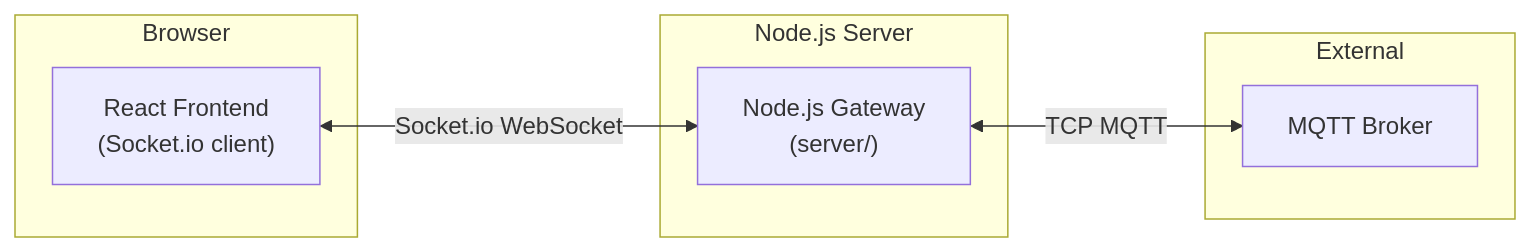
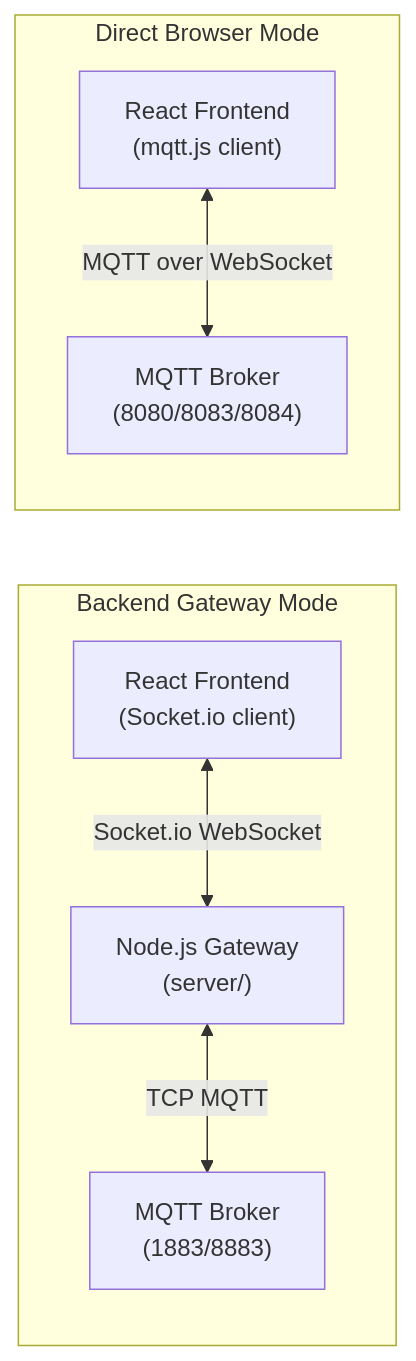
The diagram in docs/FIXES_SUMMARY.md (nimish-nirmal/uns-sentinel-explorer), drawn with Mermaid before and after one commit. The commit also changed other lines of this file and 42 other files, not shown here.

````diff
--- a/docs/FIXES_SUMMARY.md
+++ b/docs/FIXES_SUMMARY.md
@@ -150,15 +307,10 @@
 ```mermaid
 flowchart LR
-    subgraph Browser["Browser"]
-        React["React Frontend<br/>(Socket.io client)"]
+    subgraph GatewayMode["Backend Gateway Mode"]
+        Browser1["React Frontend<br/>(Socket.io client)"] <-->|"Socket.io WebSocket"| Gateway["Node.js Gateway<br/>(server/)"]
+        Gateway <-->|"TCP MQTT"| Broker1["MQTT Broker<br/>(1883/8883)"]
     end
-    subgraph Server["Node.js Server"]
-        Gateway["Node.js Gateway<br/>(server/)"]
+    subgraph BrowserMode["Direct Browser Mode"]
+        Browser2["React Frontend<br/>(mqtt.js client)"] <-->|"MQTT over WebSocket"| Broker2["MQTT Broker<br/>(8080/8083/8084)"]
     end
-    subgraph External["External"]
-        Broker["MQTT Broker"]
-    end
-
-    React <-->|"Socket.io WebSocket"| Gateway
-    Gateway <-->|"TCP MQTT"| Broker
 ```
````
